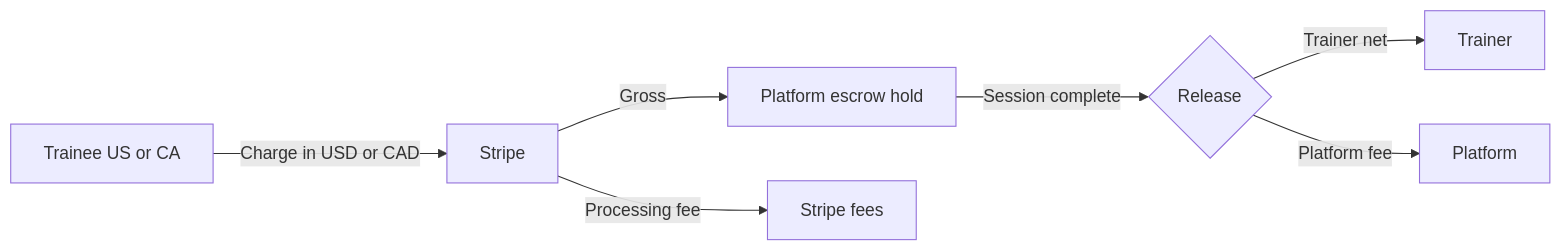
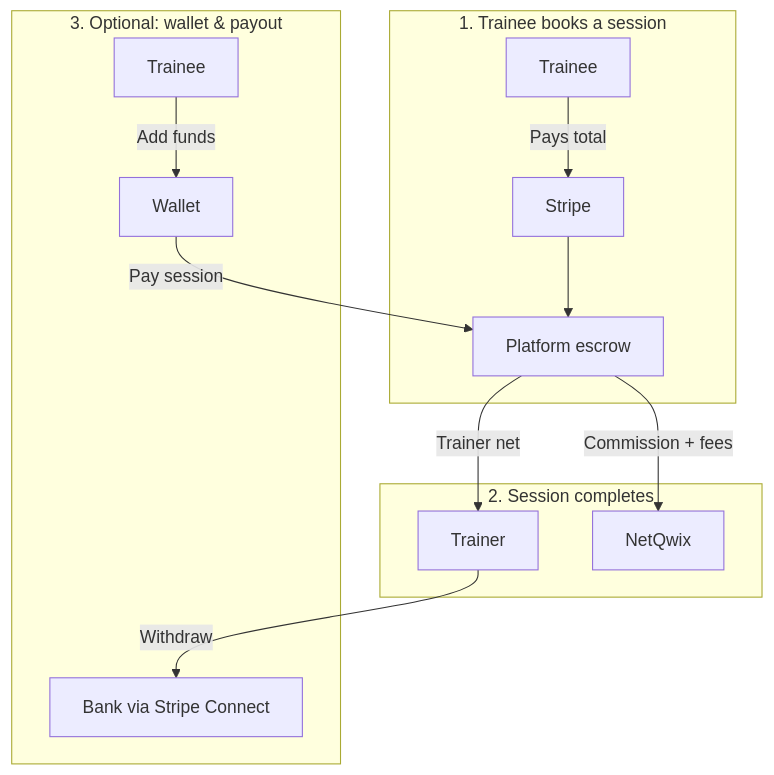
One commit to itnetqwix/netqwix-backend changed the diagram in docs/PAYMENT_FEES_AND_PRICING.md. Above: the diagram before and after it, drawn with Mermaid. The commit also changed other lines of this file, not shown here.

First line of the commit message:
refactor: update PAYMENT_FEES_AND_PRICING document for clarity and structure

````diff
--- a/docs/PAYMENT_FEES_AND_PRICING.md
+++ b/docs/PAYMENT_FEES_AND_PRICING.md
@@ -75,9 +35,16 @@
 ```mermaid
-flowchart LR
-  T[Trainee US or CA] -->|Charge in USD or CAD| Stripe
-  Stripe -->|Gross| Escrow[Platform escrow hold]
-  Escrow -->|Session complete| Split{Release}
-  Split -->|Trainer net| Trainer
-  Split -->|Platform fee| Platform
-  Stripe -->|Processing fee| StripeFees[Stripe fees]
+flowchart TB
+  subgraph checkout [1. Trainee books a session]
+    T[Trainee] -->|Pays total| Stripe
+    Stripe --> Escrow[Platform escrow]
+  end
+  subgraph release [2. Session completes]
+    Escrow -->|Trainer net| TR[Trainer]
+    Escrow -->|Commission + fees| NQ[NetQwix]
+  end
+  subgraph wallet [3. Optional: wallet & payout]
+    T2[Trainee] -->|Add funds| W[Wallet]
+    W -->|Pay session| Escrow
+    TR -->|Withdraw| Bank[Bank via Stripe Connect]
+  end
 ```
````
